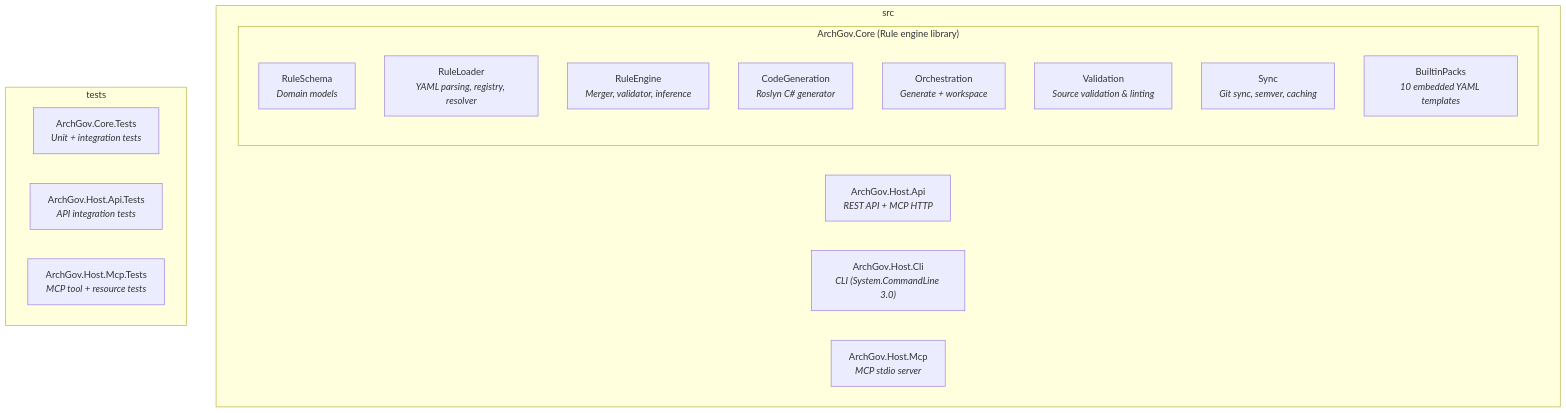
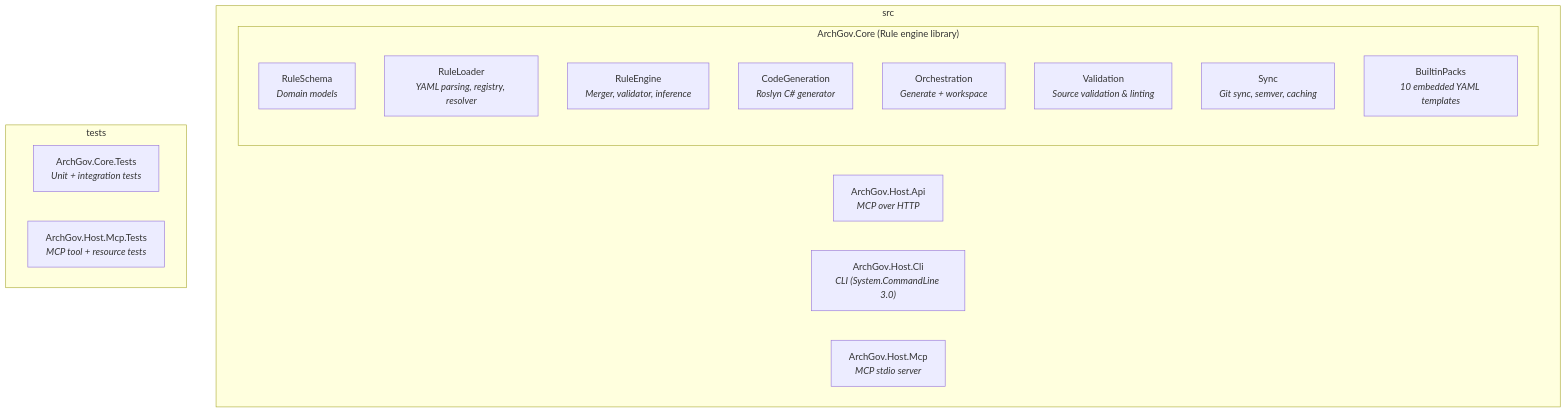
The first of 4 diagrams in docs-site/docs/how-it-works/02-architecture.md (MarcelRoozekrans/Ariadne.NET), drawn with Mermaid before and after one commit. The commit also changed other lines of this file and 10 other files, not shown here.

First line of the commit message:
docs: remove stale REST API and AddArchGovCore references

````diff
--- a/docs-site/docs/how-it-works/02-architecture.md
+++ b/docs-site/docs/how-it-works/02-architecture.md
@@ -9,24 +9,23 @@
 ```mermaid
 graph TD
     subgraph src
         subgraph ArchGov.Core["ArchGov.Core (Rule engine library)"]
             RuleSchema["RuleSchema<br/><i>Domain models</i>"]
             RuleLoader["RuleLoader<br/><i>YAML parsing, registry, resolver</i>"]
             RuleEngine["RuleEngine<br/><i>Merger, validator, inference</i>"]
             CodeGeneration["CodeGeneration<br/><i>Roslyn C# generator</i>"]
             Orchestration["Orchestration<br/><i>Generate + workspace</i>"]
             Validation["Validation<br/><i>Source validation & linting</i>"]
             Sync["Sync<br/><i>Git sync, semver, caching</i>"]
             BuiltinPacks["BuiltinPacks<br/><i>10 embedded YAML templates</i>"]
         end
-        HostApi["ArchGov.Host.Api<br/><i>REST API + MCP HTTP</i>"]
+        HostApi["ArchGov.Host.Api<br/><i>MCP over HTTP</i>"]
         HostCli["ArchGov.Host.Cli<br/><i>CLI (System.CommandLine 3.0)</i>"]
         HostMcp["ArchGov.Host.Mcp<br/><i>MCP stdio server</i>"]
     end
 
     subgraph tests
         CoreTests["ArchGov.Core.Tests<br/><i>Unit + integration tests</i>"]
-        ApiTests["ArchGov.Host.Api.Tests<br/><i>API integration tests</i>"]
         McpTests["ArchGov.Host.Mcp.Tests<br/><i>MCP tool + resource tests</i>"]
     end
 ```
````
